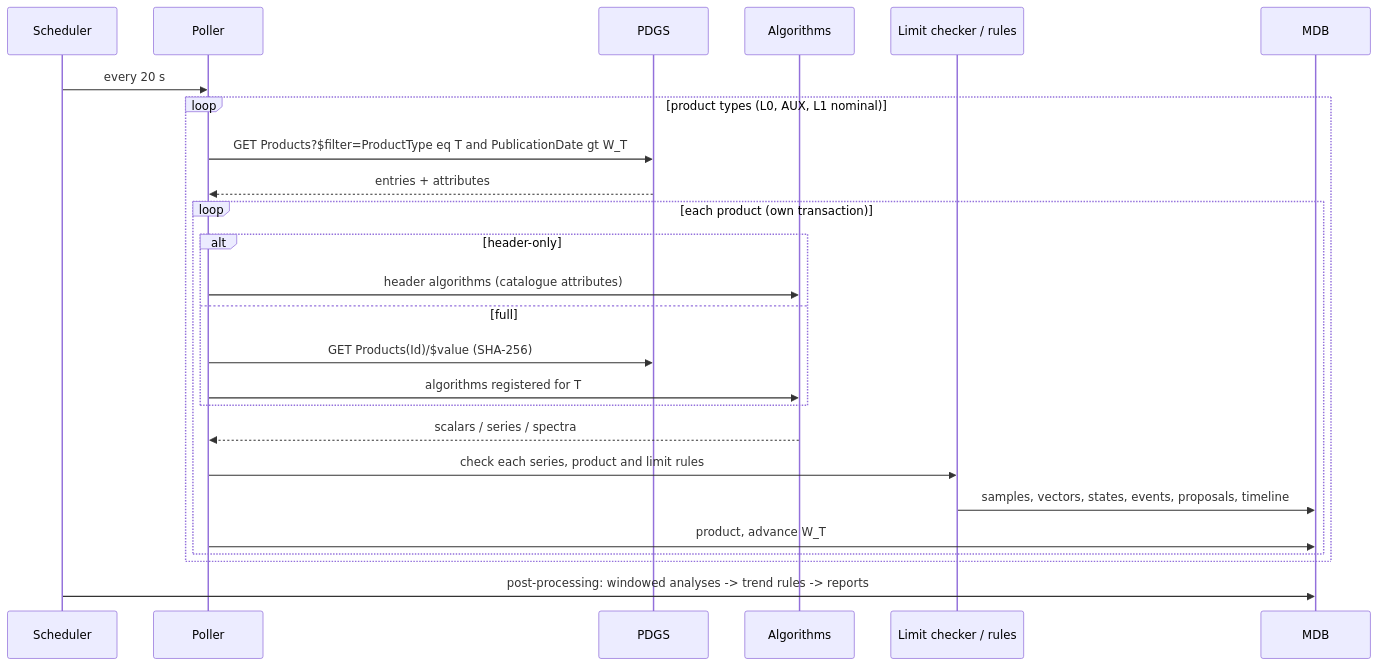
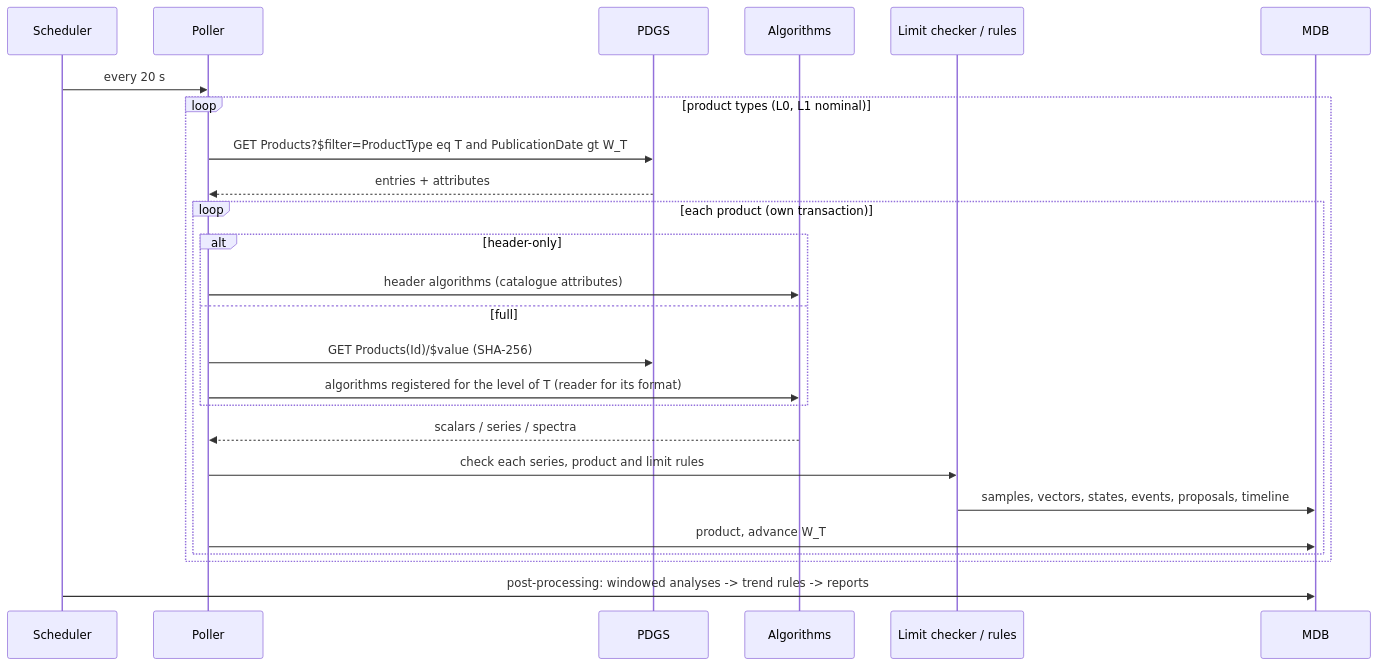
Before and after one commit to Sneakerx/fts-monitoring-demo: the third of 4 diagrams in docs/architecture.md, drawn with Mermaid. The commit also changed other lines of this file and 47 other files, not shown here.

First line of the commit message:
Generalize the IMF for public release: two product types, HDF5 + netCDF4, MIT license

````diff
--- a/docs/architecture.md
+++ b/docs/architecture.md
@@ -91,27 +93,27 @@
 ```mermaid
 sequenceDiagram
   participant S as Scheduler
   participant P as Poller
   participant G as PDGS
   participant A as Algorithms
   participant L as Limit checker / rules
   participant D as MDB
   S->>P: every 20 s
-  loop product types (L0, AUX, L1 nominal)
+  loop product types (L0, L1 nominal)
     P->>G: GET Products?$filter=ProductType eq T and PublicationDate gt W_T
     G-->>P: entries + attributes
     loop each product (own transaction)
       alt header-only
         P->>A: header algorithms (catalogue attributes)
       else full
         P->>G: GET Products(Id)/$value (SHA-256)
-        P->>A: algorithms registered for T
+        P->>A: algorithms registered for the level of T (reader for its format)
       end
       A-->>P: scalars / series / spectra
       P->>L: check each series, product and limit rules
       L->>D: samples, vectors, states, events, proposals, timeline
       P->>D: product, advance W_T
     end
   end
   S->>D: post-processing: windowed analyses -> trend rules -> reports
 ```
````
